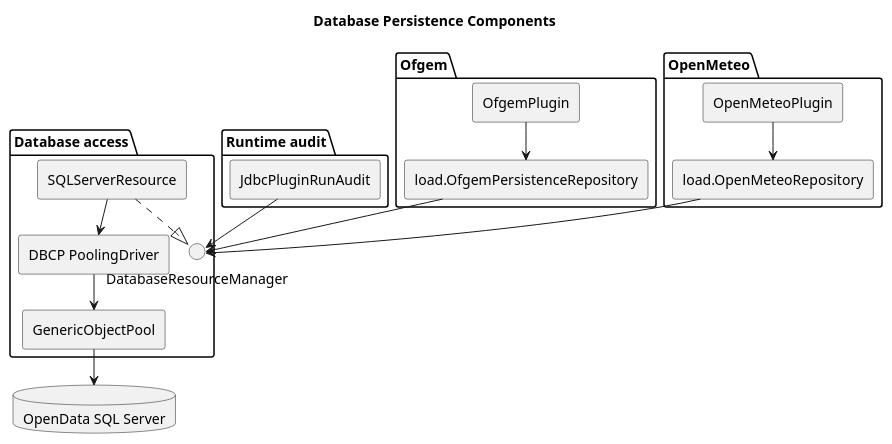
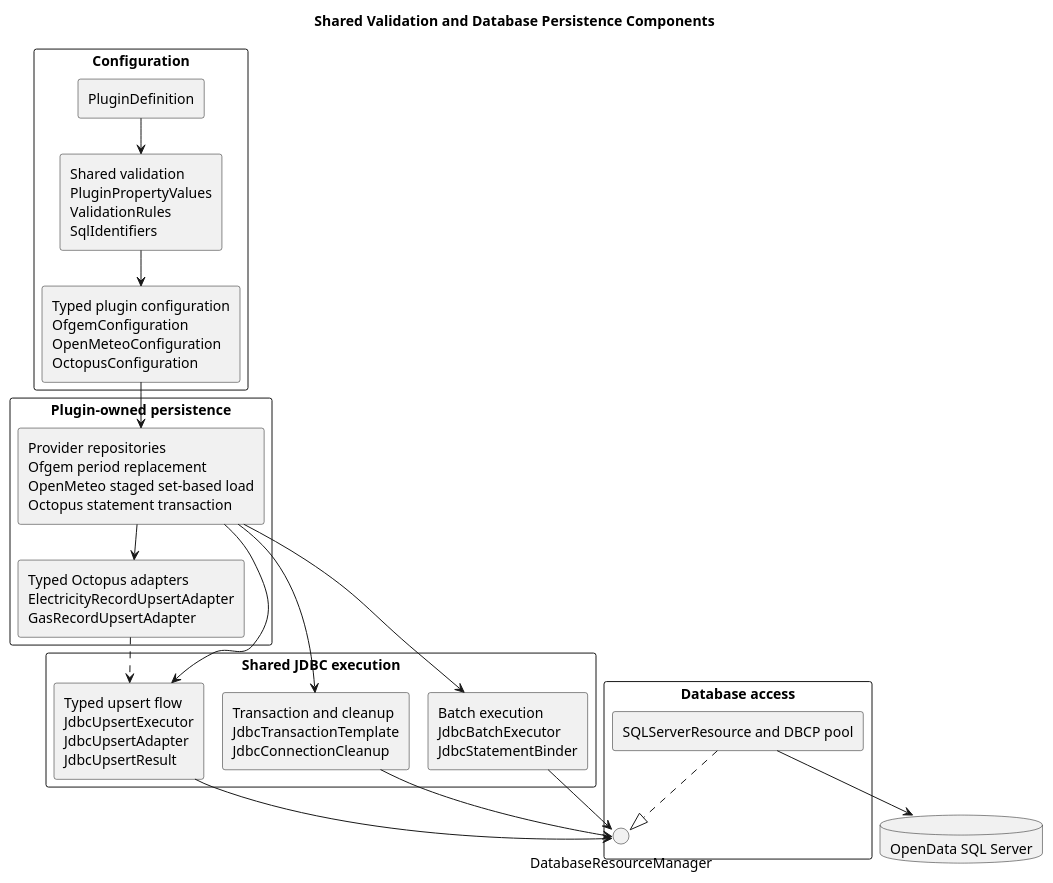
The diagram in docs/diagrams/source/database-persistence-components.puml (TerryCurranZellis/OpenData), drawn with PlantUML before and after one commit. The commit also changed 47 other files, not shown here.

```diff
--- a/docs/diagrams/source/database-persistence-components.puml
+++ b/docs/diagrams/source/database-persistence-components.puml
@@ -1,38 +1,44 @@
 @startuml
 !pragma layout smetana
-title Database Persistence Components
+title Shared Validation and Database Persistence Components
 skinparam componentStyle rectangle
+skinparam packageStyle rectangle
 
-package "Runtime audit" {
-  [JdbcPluginRunAudit] as PluginAudit
+package "Configuration" {
+  [PluginDefinition] as Definition
+  [Shared validation\nPluginPropertyValues\nValidationRules\nSqlIdentifiers] as Validation
+  [Typed plugin configuration\nOfgemConfiguration\nOpenMeteoConfiguration\nOctopusConfiguration] as PluginConfiguration
 }
 
-package "Ofgem" {
-  [OfgemPlugin] as OfgemPlugin
-  [load.OfgemPersistenceRepository] as OfgemRepository
+package "Plugin-owned persistence" {
+  [Provider repositories\nOfgem period replacement\nOpenMeteo staged set-based load\nOctopus statement transaction] as Repositories
+  [Typed Octopus adapters\nElectricityRecordUpsertAdapter\nGasRecordUpsertAdapter] as Adapters
 }
 
-package "OpenMeteo" {
-  [OpenMeteoPlugin] as MeteoPlugin
-  [load.OpenMeteoRepository] as MeteoRepository
+package "Shared JDBC execution" {
+  [Transaction and cleanup\nJdbcTransactionTemplate\nJdbcConnectionCleanup] as Transactions
+  [Batch execution\nJdbcBatchExecutor\nJdbcStatementBinder] as Batches
+  [Typed upsert flow\nJdbcUpsertExecutor\nJdbcUpsertAdapter\nJdbcUpsertResult] as Upserts
 }
 
 package "Database access" {
   interface DatabaseResourceManager
-  [SQLServerResource] as Resource
-  [DBCP PoolingDriver] as Driver
-  [GenericObjectPool] as Pool
+  [SQLServerResource and DBCP pool] as Resource
 }
 
 database "OpenData SQL Server" as Database
 
-OfgemPlugin --> OfgemRepository
-MeteoPlugin --> MeteoRepository
-PluginAudit --> DatabaseResourceManager
-OfgemRepository --> DatabaseResourceManager
-MeteoRepository --> DatabaseResourceManager
+Definition --> Validation
+Validation --> PluginConfiguration
+PluginConfiguration --> Repositories
+Repositories --> Transactions
+Repositories --> Batches
+Repositories --> Upserts
+Repositories --> Adapters
+Adapters ..> Upserts
+Transactions --> DatabaseResourceManager
+Batches --> DatabaseResourceManager
+Upserts --> DatabaseResourceManager
 Resource ..|> DatabaseResourceManager
-Resource --> Driver
-Driver --> Pool
-Pool --> Database
+Resource --> Database
 @enduml
```
